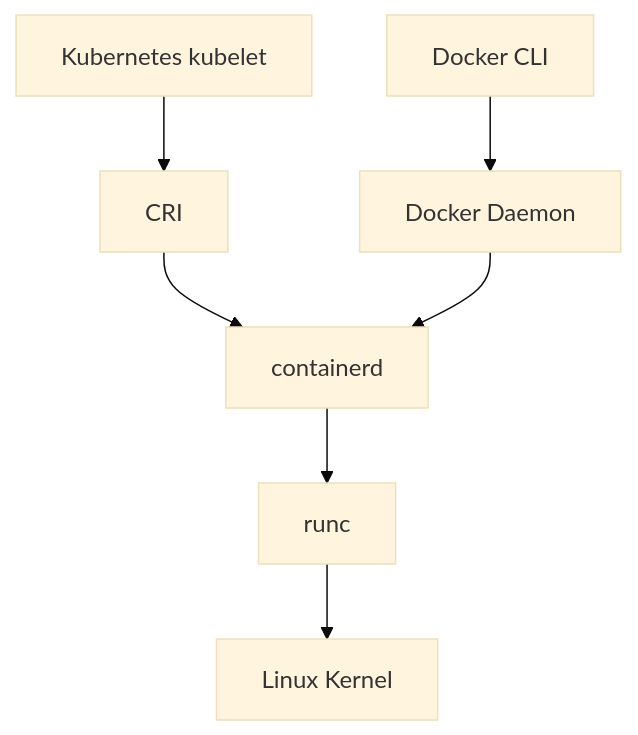
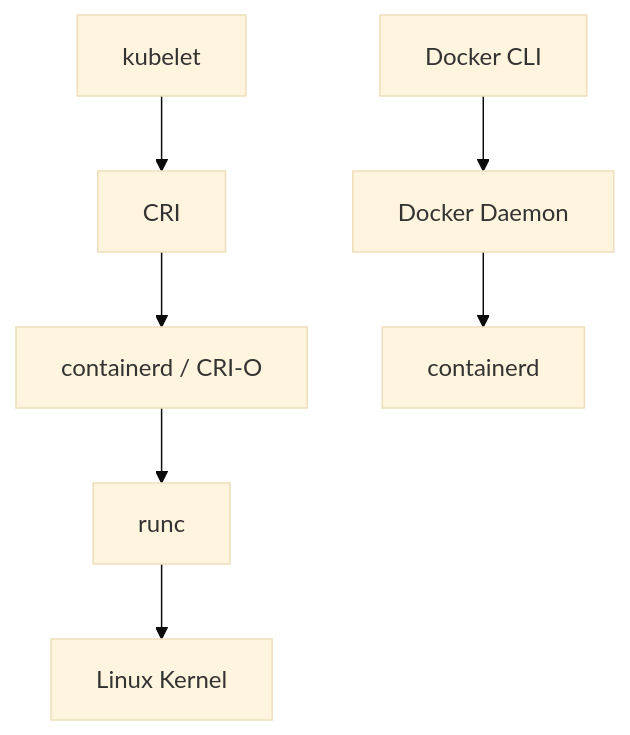
Before and after one commit to yleoer/k8s-learn: the second of 2 diagrams in docs/02-容器基础/2-Docker架构与运行时.md, drawn with Mermaid (base theme). The commit also changed other lines of this file and 6 other files, not shown here.

````diff
--- a/docs/02-容器基础/2-Docker架构与运行时.md
+++ b/docs/02-容器基础/2-Docker架构与运行时.md
@@ -83,10 +90,10 @@
 ```mermaid
 flowchart TB
-  kubelet["Kubernetes kubelet"] --> cri["CRI"]
-  cri --> containerd["containerd"]
+  kubelet["kubelet"] --> cri["CRI"]
+  cri --> containerd["containerd / CRI-O"]
   containerd --> runc["runc"]
   runc --> kernel["Linux Kernel"]
 
   cli["Docker CLI"] --> daemon["Docker Daemon"]
-  daemon --> containerd
+  daemon --> dockerContainerd["containerd"]
 ```
````
